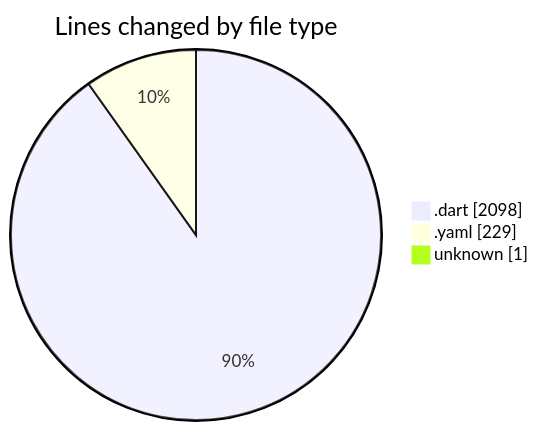
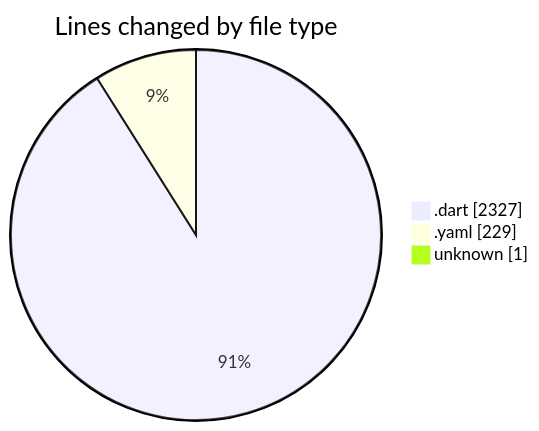
Before and after one commit to donsfak/code-tracking: the first of 2 diagrams in 2025-03-08/uber_clone/README.md, drawn with Mermaid. The commit also changed other lines of this file and 1 other file, not shown here.

````diff
--- a/2025-03-08/uber_clone/README.md
+++ b/2025-03-08/uber_clone/README.md
@@ -24,7 +24,7 @@
 ```mermaid
 pie showData
 title Lines changed by file type
-".dart" : 2098
+".dart" : 2327
 ".yaml" : 229
 "unknown" : 1
 ```
````
